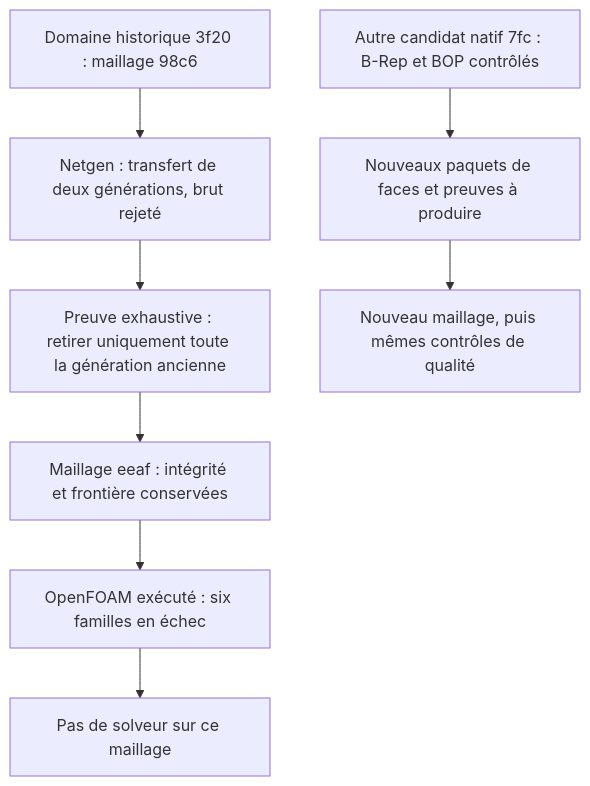
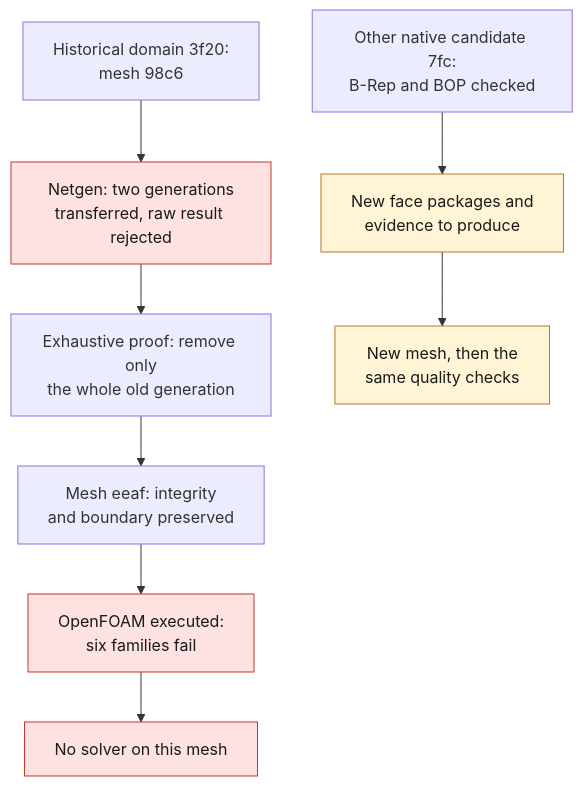
One commit to cluster2600/porscheparts changed the diagram in docs/reports/M64_NETGEN_CONTRECONTROLE_20260908.md. Above: the diagram before and after it, drawn with Mermaid. The commit also changed other lines of this file and 228 other files, not shown here.

````diff
--- a/docs/reports/M64_NETGEN_CONTRECONTROLE_20260908.md
+++ b/docs/reports/M64_NETGEN_CONTRECONTROLE_20260908.md
@@ -81,10 +8,14 @@
 ```mermaid
 flowchart TD
-    A["Domaine historique 3f20 : maillage 98c6"] --> B["Netgen : transfert de deux générations, brut rejeté"]
-    B --> C["Preuve exhaustive : retirer uniquement toute la génération ancienne"]
-    C --> D["Maillage eeaf : intégrité et frontière conservées"]
-    D --> E["OpenFOAM exécuté : six familles en échec"]
-    E --> F["Pas de solveur sur ce maillage"]
-    G["Autre candidat natif 7fc : B-Rep et BOP contrôlés"] --> H["Nouveaux paquets de faces et preuves à produire"]
-    H --> I["Nouveau maillage, puis mêmes contrôles de qualité"]
+    A["Historical domain 3f20:<br/>mesh 98c6"] --> B["Netgen: two generations<br/>transferred, raw result rejected"]
+    B --> C["Exhaustive proof: remove only<br/>the whole old generation"]
+    C --> D["Mesh eeaf: integrity<br/>and boundary preserved"]
+    D --> E["OpenFOAM executed:<br/>six families fail"]
+    E --> F["No solver on this mesh"]
+    G["Other native candidate 7fc:<br/>B-Rep and BOP checked"] --> H["New face packages and<br/>evidence to produce"]
+    H --> I["New mesh, then the<br/>same quality checks"]
+    classDef stop fill:#fde2e1,stroke:#c0392b,color:#1a1a1a;
+    classDef open fill:#fff4d6,stroke:#b7791f,color:#1a1a1a;
+    class B,E,F stop;
+    class H,I open;
 ```
````
